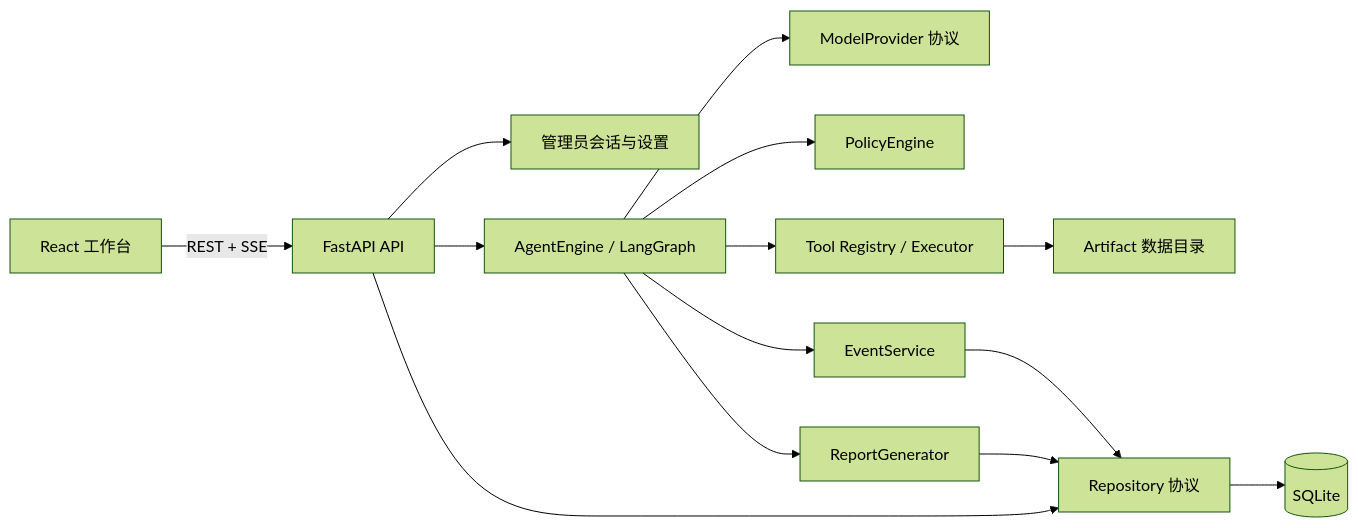
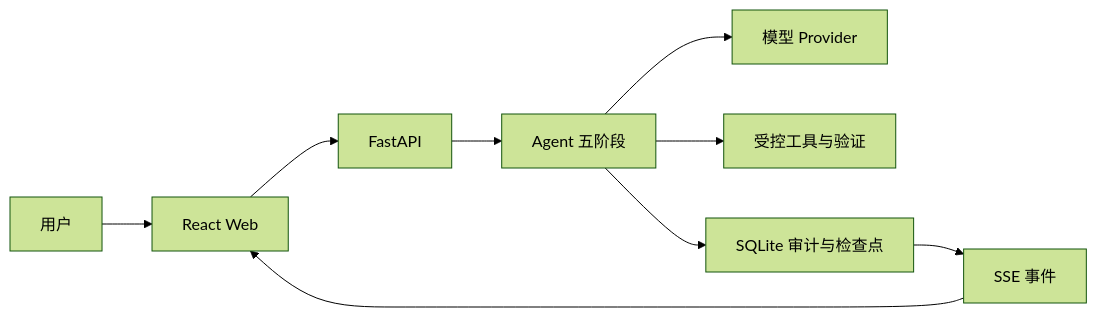
One commit to fuyao0612/gdaib-ctf-agent changed the diagram in README.md. Above: the diagram before and after it, drawn with Mermaid (forest theme). The commit also changed other lines of this file and 16 other files, not shown here.

````diff
--- a/README.md
+++ b/README.md
@@ -71,16 +85,11 @@
 ```mermaid
 flowchart LR
-  Browser["React 工作台"] -->|"REST + SSE"| API["FastAPI API"]
-  API --> Session["管理员会话与设置"]
-  API --> Agent["AgentEngine / LangGraph"]
-  API --> Repo["Repository 协议"]
-  Agent --> Provider["ModelProvider 协议"]
-  Agent --> Policy["PolicyEngine"]
-  Agent --> Tools["Tool Registry / Executor"]
-  Agent --> Events["EventService"]
-  Agent --> Reports["ReportGenerator"]
-  Repo --> SQLite[("SQLite")]
-  Events --> Repo
-  Reports --> Repo
-  Tools --> Artifacts["Artifact 数据目录"]
+    U["用户"] --> W["React Web"]
+    W --> A["FastAPI"]
+    A --> G["Agent 五阶段"]
+    G --> P["模型 Provider"]
+    G --> T["受控工具与验证"]
+    G --> S["SQLite 审计与检查点"]
+    S --> E["SSE 事件"]
+    E --> W
 ```
````
